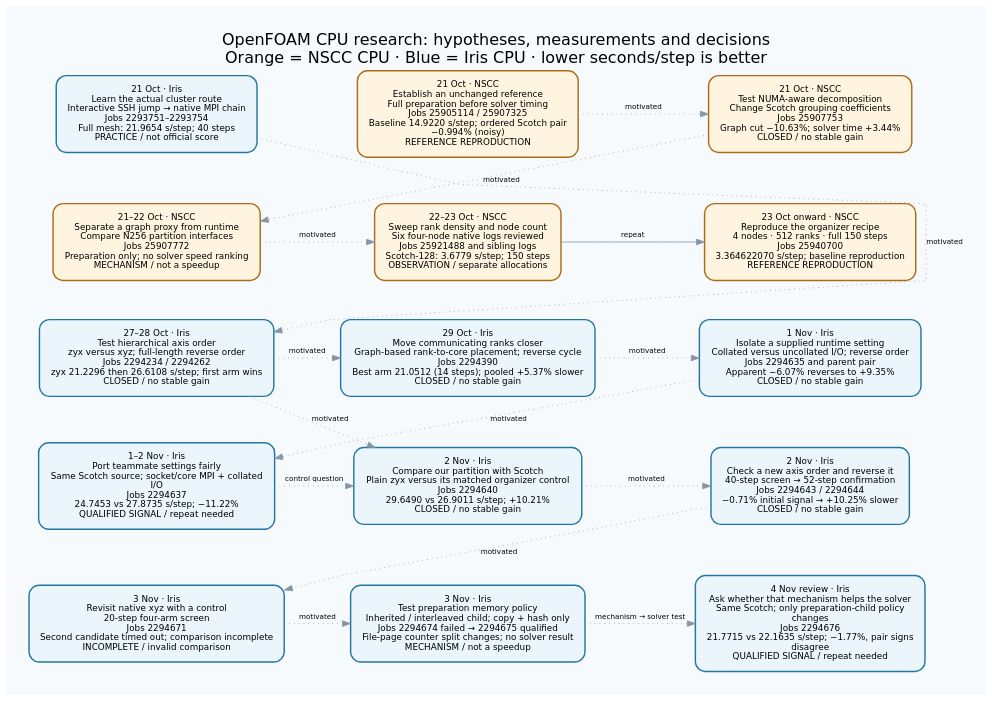
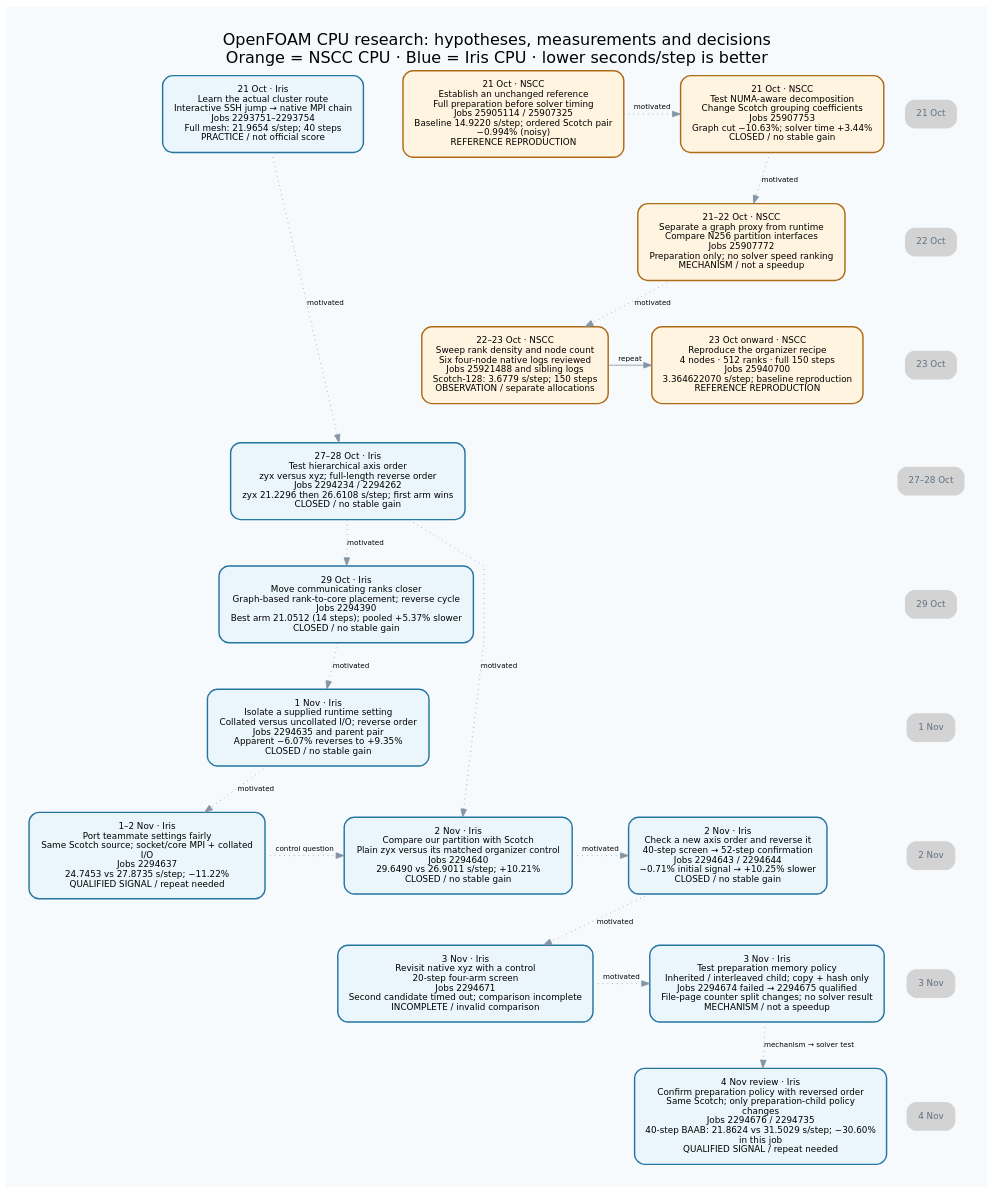
One commit to trungdangtapcode/apac-hpc-ai-2026 changed the diagram in workspace/reports/hpc-run-lineage-20261104/journey.dot. Above: the diagram before and after it, drawn with Graphviz. The commit also changed 31 other files, not shown here.

Commit message:
docs(hpc): align hosted research diagram chronologically from top to bottom

```diff
--- a/workspace/reports/hpc-run-lineage-20261104/journey.dot
+++ b/workspace/reports/hpc-run-lineage-20261104/journey.dot
@@ -1,61 +1,66 @@
 digraph hpc {
 graph [rankdir=TB,bgcolor="#f7fafc",pad="0.4",nodesep="0.35",ranksep="0.65",splines=polyline,fontname="DejaVu Sans",fontsize=20,label="OpenFOAM CPU research: hypotheses, measurements and decisions\nOrange = NSCC CPU · Blue = Iris CPU · lower seconds/step is better",labelloc=t];
 node [shape=box,style="rounded,filled",fontname="DejaVu Sans",fontsize=11,margin="0.20,0.16"];
 edge [color="#8595a4",fontname="DejaVu Sans",fontsize=9];
 "access" [label="21 Oct · Iris\nLearn the actual cluster route\nInteractive SSH jump → native MPI chain\nJobs 2293751–2293754\nFull mesh: 21.9654 s/step; 40 steps\nPRACTICE / not official score",color="#2476a1",fillcolor="#eaf5fc",penwidth=1.8,URL="../../../workspace/reports/hpc-research-journey-20261023/JOURNEY.md",tooltip="Full mesh: 21.9654 s/step; 40 steps | PRACTICE / not official score"];
 "baseline" [label="21 Oct · NSCC\nEstablish an unchanged reference\nFull preparation before solver timing\nJobs 25905114 / 25907325\nBaseline 14.9220 s/step; ordered Scotch pair\n−0.994% (noisy)\nREFERENCE REPRODUCTION",color="#ad6b17",fillcolor="#fff4df",penwidth=1.8,URL="../../../workspace/reports/hpc-research-journey-20261023/JOURNEY.md",tooltip="Baseline 14.9220 s/step; ordered Scotch pair −0.994% (noisy) | REFERENCE REPRODUCTION"];
 "numa" [label="21 Oct · NSCC\nTest NUMA-aware decomposition\nChange Scotch grouping coefficients\nJobs 25907753\nGraph cut −10.63%; solver time +3.44%\nCLOSED / no stable gain",color="#ad6b17",fillcolor="#fff4df",penwidth=1.8,URL="../../../workspace/reports/hpc-research-journey-20261023/JOURNEY.md",tooltip="Graph cut −10.63%; solver time +3.44% | CLOSED / no stable gain"];
 "graph" [label="21–22 Oct · NSCC\nSeparate a graph proxy from runtime\nCompare N256 partition interfaces\nJobs 25907772\nPreparation only; no solver speed ranking\nMECHANISM / not a speedup",color="#ad6b17",fillcolor="#fff4df",penwidth=1.8,URL="../../../workspace/reports/hpc-research-journey-20261023/JOURNEY.md",tooltip="Preparation only; no solver speed ranking | MECHANISM / not a speedup"];
 "density" [label="22–23 Oct · NSCC\nSweep rank density and node count\nSix four-node native logs reviewed\nJobs 25921488 and sibling logs\nScotch-128: 3.6779 s/step; 150 steps\nOBSERVATION / separate allocations",color="#ad6b17",fillcolor="#fff4df",penwidth=1.8,URL="../../../workspace/reports/hpc-research-journey-20261023/JOURNEY.md",tooltip="Scotch-128: 3.6779 s/step; 150 steps | OBSERVATION / separate allocations"];
 "confirm" [label="23 Oct onward · NSCC\nReproduce the organizer recipe\n4 nodes · 512 ranks · full 150 steps\nJobs 25940700\n3.364622070 s/step; baseline reproduction\nREFERENCE REPRODUCTION",color="#ad6b17",fillcolor="#fff4df",penwidth=1.8,URL="../../../workspace/notes/HPC_CURRENT.md",tooltip="3.364622070 s/step; baseline reproduction | REFERENCE REPRODUCTION"];
 "order" [label="27–28 Oct · Iris\nTest hierarchical axis order\nzyx versus xyz; full-length reverse order\nJobs 2294234 / 2294262\nzyx 21.2296 then 26.6108 s/step; first arm wins\nCLOSED / no stable gain",color="#2476a1",fillcolor="#eaf5fc",penwidth=1.8,URL="../../../workspace/reports/hpc-own-research-status-20261102/README.md",tooltip="zyx 21.2296 then 26.6108 s/step; first arm wins | CLOSED / no stable gain"];
 "place" [label="29 Oct · Iris\nMove communicating ranks closer\nGraph-based rank-to-core placement; reverse cycle\nJobs 2294390\nBest arm 21.0512 (14 steps); pooled +5.37% slower\nCLOSED / no stable gain",color="#2476a1",fillcolor="#eaf5fc",penwidth=1.8,URL="../../../2026-APAC-HPC-AI/hpc-experiments/iris-graphmap-reverse-20261029/completed-2294390/RESULTS.md",tooltip="Best arm 21.0512 (14 steps); pooled +5.37% slower | CLOSED / no stable gain"];
 "io" [label="1 Nov · Iris\nIsolate a supplied runtime setting\nCollated versus uncollated I/O; reverse order\nJobs 2294635 and parent pair\nApparent −6.07% reverses to +9.35%\nCLOSED / no stable gain",color="#2476a1",fillcolor="#eaf5fc",penwidth=1.8,URL="../../../workspace/reports/hpc-own-research-status-20261102/README.md",tooltip="Apparent −6.07% reverses to +9.35% | CLOSED / no stable gain"];
 "team" [label="1–2 Nov · Iris\nPort teammate settings fairly\nSame Scotch source; socket/core MPI + collated\nI/O\nJobs 2294637\n24.7453 vs 27.8735 s/step; −11.22%\nQUALIFIED SIGNAL / repeat needed",color="#2476a1",fillcolor="#eaf5fc",penwidth=1.8,URL="../../../workspace/reports/hpc-iris-comparison-20261103/README.md",tooltip="24.7453 vs 27.8735 s/step; −11.22% | QUALIFIED SIGNAL / repeat needed"];
 "zyx" [label="2 Nov · Iris\nCompare our partition with Scotch\nPlain zyx versus its matched organizer control\nJobs 2294640\n29.6490 vs 26.9011 s/step; +10.21%\nCLOSED / no stable gain",color="#2476a1",fillcolor="#eaf5fc",penwidth=1.8,URL="../../../workspace/reports/hpc-iris-comparison-20261103/README.md",tooltip="29.6490 vs 26.9011 s/step; +10.21% | CLOSED / no stable gain"];
 "xzy" [label="2 Nov · Iris\nCheck a new axis order and reverse it\n40-step screen → 52-step confirmation\nJobs 2294643 / 2294644\n−0.71% initial signal → +10.25% slower\nCLOSED / no stable gain",color="#2476a1",fillcolor="#eaf5fc",penwidth=1.8,URL="../../../workspace/reports/hpc-iris-comparison-20261103/README.md",tooltip="−0.71% initial signal → +10.25% slower | CLOSED / no stable gain"];
 "xyz" [label="3 Nov · Iris\nRevisit native xyz with a control\n20-step four-arm screen\nJobs 2294671\nSecond candidate timed out; comparison incomplete\nINCOMPLETE / invalid comparison",color="#2476a1",fillcolor="#eaf5fc",penwidth=1.8,URL="../../../workspace/reports/hpc-iris-comparison-20261103/README.md",tooltip="Second candidate timed out; comparison incomplete | INCOMPLETE / invalid comparison"];
 "prep" [label="3 Nov · Iris\nTest preparation memory policy\nInherited / interleaved child; copy + hash only\nJobs 2294674 failed → 2294675 qualified\nFile-page counter split changes; no solver result\nMECHANISM / not a speedup",color="#2476a1",fillcolor="#eaf5fc",penwidth=1.8,URL="../../../workspace/reports/hpc-iris-comparison-20261103/README.md",tooltip="File-page counter split changes; no solver result | MECHANISM / not a speedup"];
-"native" [label="4 Nov review · Iris\nAsk whether that mechanism helps the solver\nSame Scotch; only preparation-child policy\nchanges\nJobs 2294676\n21.7715 vs 22.1635 s/step; −1.77%, pair signs\ndisagree\nQUALIFIED SIGNAL / repeat needed",color="#2476a1",fillcolor="#eaf5fc",penwidth=1.8,URL="../../../2026-APAC-HPC-AI/hpc-experiments/iris-preparation-native20-20261103/completed-2294676/RESULTS.md",tooltip="21.7715 vs 22.1635 s/step; −1.77%, pair signs disagree | QUALIFIED SIGNAL / repeat needed"];
+"native" [label="4 Nov review · Iris\nConfirm preparation policy with reversed order\nSame Scotch; only preparation-child policy\nchanges\nJobs 2294676 / 2294735\n40-step BAAB: 21.8624 vs 31.5029 s/step; −30.60%\nin this job\nQUALIFIED SIGNAL / repeat needed",color="#2476a1",fillcolor="#eaf5fc",penwidth=1.8,URL="../../../2026-APAC-HPC-AI/hpc-experiments/iris-preparation-reverse40-20261104/completed-2294735/RESULTS.md",tooltip="40-step BAAB: 21.8624 vs 31.5029 s/step; −30.60% in this job | QUALIFIED SIGNAL / repeat needed"];
 "access" -> "order" [constraint=false,style=dotted,label="motivated"];
 "baseline" -> "numa" [constraint=false,style=dotted,label="motivated"];
 "numa" -> "graph" [constraint=false,style=dotted,label="motivated"];
 "graph" -> "density" [constraint=false,style=dotted,label="motivated"];
 "density" -> "confirm" [constraint=false,style=solid,label="repeat"];
 "order" -> "place" [constraint=false,style=dotted,label="motivated"];
 "place" -> "io" [constraint=false,style=dotted,label="motivated"];
 "io" -> "team" [constraint=false,style=dotted,label="motivated"];
 "order" -> "zyx" [constraint=false,style=dotted,label="motivated"];
 "team" -> "zyx" [constraint=false,style=dotted,label="control question"];
 "zyx" -> "xzy" [constraint=false,style=dotted,label="motivated"];
 "xzy" -> "xyz" [constraint=false,style=dotted,label="motivated"];
 "xyz" -> "prep" [constraint=false,style=dotted,label="motivated"];
 "prep" -> "native" [constraint=false,style=dotted,label="mechanism → solver test"];
-{rank=same;"access";"baseline";"numa";}
-"access" -> "baseline" [style=invis,weight=15];
-"baseline" -> "numa" [style=invis,weight=15];
-{rank=same;"graph";"density";"confirm";}
-"graph" -> "density" [style=invis,weight=15];
-"density" -> "confirm" [style=invis,weight=15];
-{rank=same;"order";"place";"io";}
-"order" -> "place" [style=invis,weight=15];
-"place" -> "io" [style=invis,weight=15];
-{rank=same;"team";"zyx";"xzy";}
-"team" -> "zyx" [style=invis,weight=15];
-"zyx" -> "xzy" [style=invis,weight=15];
-{rank=same;"xyz";"prep";"native";}
-"xyz" -> "prep" [style=invis,weight=15];
-"prep" -> "native" [style=invis,weight=15];
-"access" -> "graph" [style=invis,weight=100];
-"graph" -> "order" [style=invis,weight=100];
-"order" -> "team" [style=invis,weight=100];
-"team" -> "xyz" [style=invis,weight=100];
-"baseline" -> "density" [style=invis,weight=100];
-"density" -> "place" [style=invis,weight=100];
-"place" -> "zyx" [style=invis,weight=100];
-"zyx" -> "prep" [style=invis,weight=100];
-"numa" -> "confirm" [style=invis,weight=100];
-"confirm" -> "io" [style=invis,weight=100];
-"io" -> "xzy" [style=invis,weight=100];
-"xzy" -> "native" [style=invis,weight=100];
+date0 [shape=plaintext,label="21 Oct",fontcolor="#607080"];
+{rank=same;date0;"access";"baseline";"numa";}
+"access" -> "baseline" [style=invis,weight=10];
+"baseline" -> "numa" [style=invis,weight=10];
+date1 [shape=plaintext,label="22 Oct",fontcolor="#607080"];
+{rank=same;date1;"graph";}
+date0 -> date1 [style=invis,weight=100];
+date2 [shape=plaintext,label="23 Oct",fontcolor="#607080"];
+{rank=same;date2;"density";"confirm";}
+"density" -> "confirm" [style=invis,weight=10];
+date1 -> date2 [style=invis,weight=100];
+date3 [shape=plaintext,label="27–28 Oct",fontcolor="#607080"];
+{rank=same;date3;"order";}
+date2 -> date3 [style=invis,weight=100];
+date4 [shape=plaintext,label="29 Oct",fontcolor="#607080"];
+{rank=same;date4;"place";}
+date3 -> date4 [style=invis,weight=100];
+date5 [shape=plaintext,label="1 Nov",fontcolor="#607080"];
+{rank=same;date5;"io";}
+date4 -> date5 [style=invis,weight=100];
+date6 [shape=plaintext,label="2 Nov",fontcolor="#607080"];
+{rank=same;date6;"team";"zyx";"xzy";}
+"team" -> "zyx" [style=invis,weight=10];
+"zyx" -> "xzy" [style=invis,weight=10];
+date5 -> date6 [style=invis,weight=100];
+date7 [shape=plaintext,label="3 Nov",fontcolor="#607080"];
+{rank=same;date7;"xyz";"prep";}
+"xyz" -> "prep" [style=invis,weight=10];
+date6 -> date7 [style=invis,weight=100];
+date8 [shape=plaintext,label="4 Nov",fontcolor="#607080"];
+{rank=same;date8;"native";}
+date7 -> date8 [style=invis,weight=100];
 }
```
